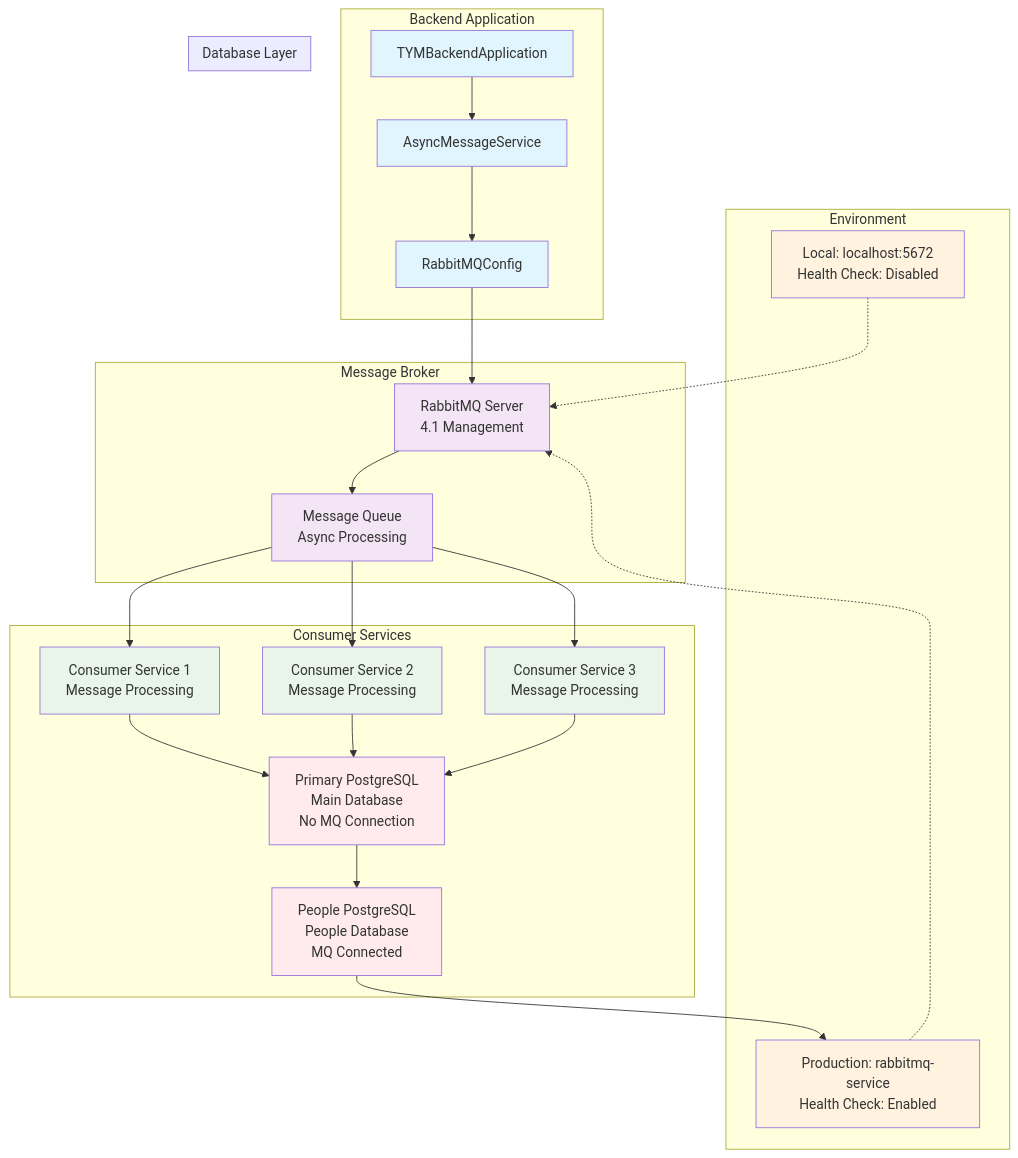
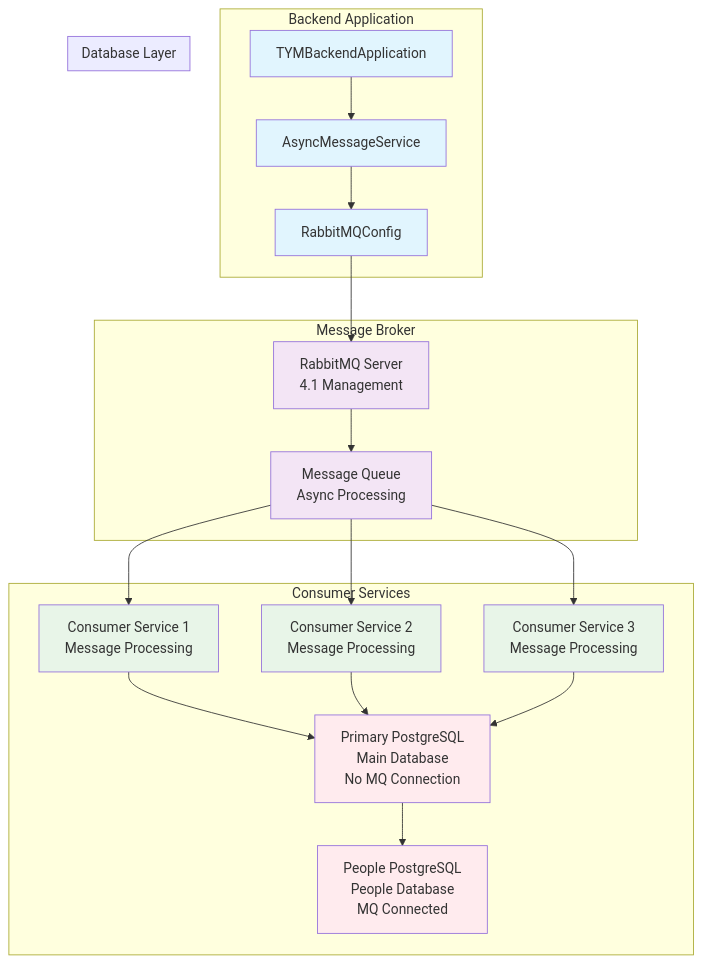
One commit to Vinskao/ty-multiverse-backend changed diagram 11 of 11 in README.md. Above: the diagram before and after it, drawn with Mermaid.

Commit message:
info: add mq graph

````diff
--- a/README.md
+++ b/README.md
@@ -486,62 +486,50 @@
 ```mermaid
 graph TB
     subgraph "Backend Application"
         A[TYMBackendApplication]
         B[AsyncMessageService]
         C[RabbitMQConfig]
     end
     
     subgraph "Message Broker"
         D[RabbitMQ Server<br/>4.1 Management]
         E[Message Queue<br/>Async Processing]
     end
     
     subgraph "Consumer Services"
         F[Consumer Service 1<br/>Message Processing]
         G[Consumer Service 2<br/>Message Processing]
         H[Consumer Service 3<br/>Message Processing]
         I[Batch Operations<br/>Error Recovery]
         J[Data Processing Logic]
     end
     
     subgraph "Database Layer"
         I[Primary PostgreSQL<br/>Main Database<br/>No MQ Connection]
         J[People PostgreSQL<br/>People Database<br/>MQ Connected]
     end
     
-    subgraph "Environment"
-        K[Local: localhost:5672<br/>Health Check: Disabled]
-        L[Production: rabbitmq-service<br/>Health Check: Enabled]
-    end
-    
     %% Data Flow
     A --> B
     B --> C
     C --> D
     D --> E
     E --> F
     E --> G
     E --> H
     F --> I
     G --> I
     H --> I
     I --> J
-    J --> L
-    
-    %% Environment Configuration
-    K -.-> D
-    L -.-> D
     
     %% Styling
     classDef backend fill:#e1f5fe
     classDef mq fill:#f3e5f5
     classDef consumer fill:#e8f5e8
     classDef database fill:#ffebee
-    classDef env fill:#fff3e0
     
     class A,B,C backend
     class D,E mq
     class F,G,H consumer
     class I,J database
-    class K,L env
 ```
````
